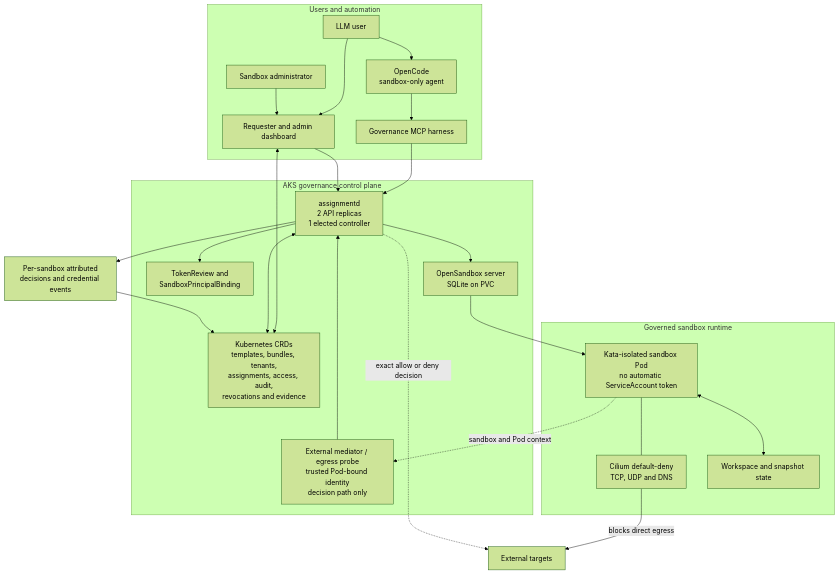
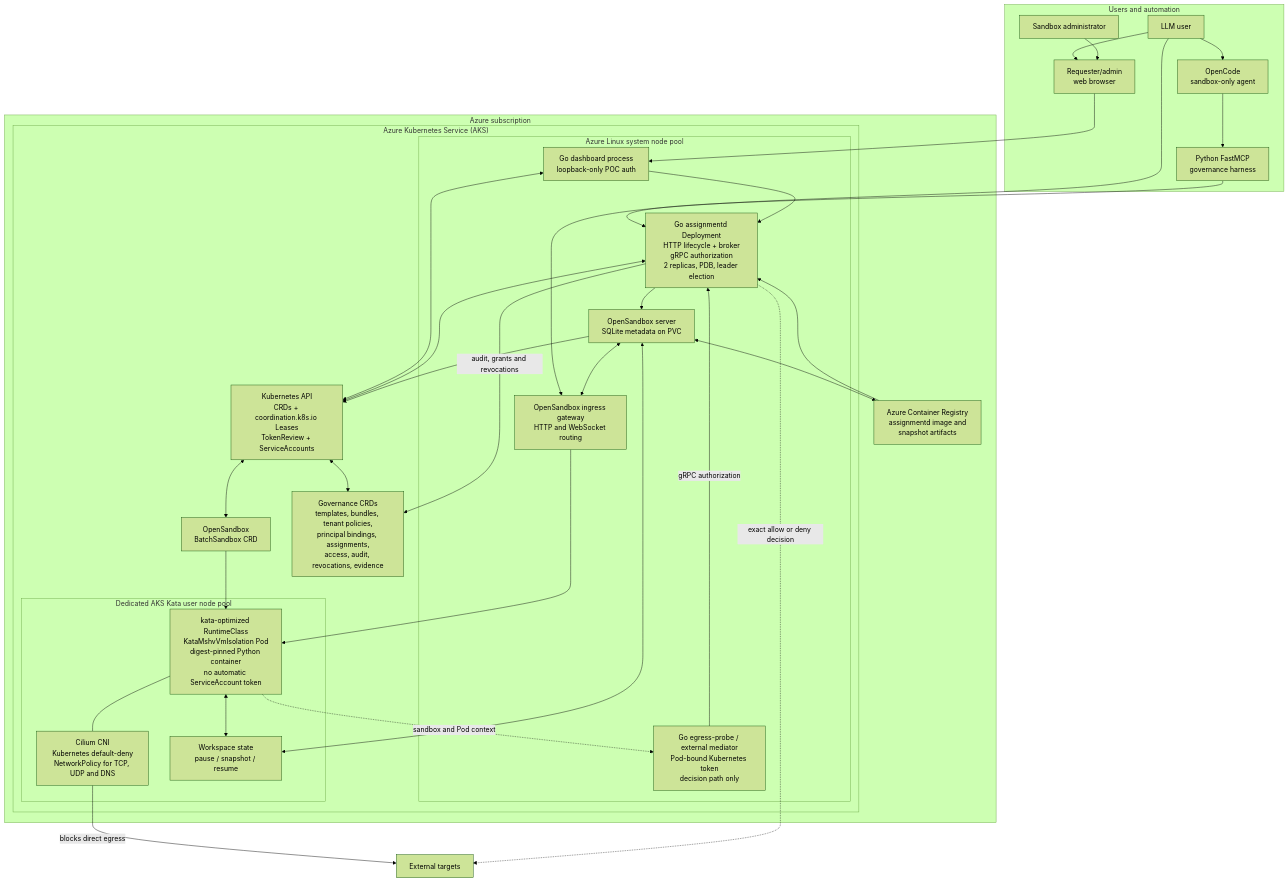
The first of 2 diagrams in README.md (chrischangcode/opensandbox-aks-governance-poc), drawn with Mermaid (forest theme) before and after one commit. The commit also changed other lines of this file, not shown here.

Commit message:
Clarify technologies in the POC architecture

Copilot-Session: 3b98244d-d24a-4455-b3af-ee555c78ff22

````diff
--- a/README.md
+++ b/README.md
@@ -43,43 +43,61 @@
 ```mermaid
 flowchart TB
     subgraph Clients["Users and automation"]
         User["LLM user"]
         Admin["Sandbox administrator"]
         OpenCode["OpenCode<br/>sandbox-only agent"]
-        MCP["Governance MCP harness"]
-        Dashboard["Requester and admin dashboard"]
+        MCP["Python FastMCP<br/>governance harness"]
+        Dashboard["Requester/admin<br/>web browser"]
     end
 
-    subgraph Control["AKS governance control plane"]
-        Assignmentd["assignmentd<br/>2 API replicas<br/>1 elected controller"]
-        Auth["TokenReview and<br/>SandboxPrincipalBinding"]
-        CRDs["Kubernetes CRDs<br/>templates, bundles, tenants,<br/>assignments, access, audit,<br/>revocations and evidence"]
-        OpenSandbox["OpenSandbox server<br/>SQLite on PVC"]
-        Mediator["External mediator / egress probe<br/>trusted Pod-bound identity<br/>decision path only"]
-    end
+    subgraph Azure["Azure subscription"]
+        ACR["Azure Container Registry<br/>assignmentd image and<br/>snapshot artifacts"]
 
-    subgraph Runtime["Governed sandbox runtime"]
-        Kata["Kata-isolated sandbox Pod<br/>no automatic ServiceAccount token"]
-        Cilium["Cilium default-deny<br/>TCP, UDP and DNS"]
-        Workspace["Workspace and snapshot state"]
+        subgraph AKS["Azure Kubernetes Service (AKS)"]
+            subgraph SystemPool["Azure Linux system node pool"]
+                Assignmentd["Go assignmentd Deployment<br/>HTTP lifecycle + broker<br/>gRPC authorization<br/>2 replicas, PDB, leader election"]
+                OpenSandbox["OpenSandbox server<br/>SQLite metadata on PVC"]
+                Ingress["OpenSandbox ingress gateway<br/>HTTP and WebSocket routing"]
+                Mediator["Go egress-probe / external mediator<br/>Pod-bound Kubernetes token<br/>decision path only"]
+                DashboardPod["Go dashboard process<br/>loopback-only POC auth"]
+            end
+
+            KubeAPI["Kubernetes API<br/>CRDs + coordination.k8s.io Leases<br/>TokenReview + ServiceAccounts"]
+            Policy["Governance CRDs<br/>templates, bundles, tenant policies,<br/>principal bindings, assignments,<br/>access, audit, revocations, evidence"]
+            BatchSandbox["OpenSandbox<br/>BatchSandbox CRD"]
+
+            subgraph KataPool["Dedicated AKS Kata user node pool"]
+                Kata["kata-optimized RuntimeClass<br/>KataMshvVmIsolation Pod<br/>digest-pinned Python container<br/>no automatic ServiceAccount token"]
+                Cilium["Cilium CNI<br/>Kubernetes default-deny<br/>NetworkPolicy for TCP, UDP and DNS"]
+                Workspace["Workspace state<br/>pause / snapshot / resume"]
+            end
+        end
     end
 
     Internet["External targets"]
-    Audit["Per-sandbox attributed<br/>decisions and credential events"]
 
     User --> OpenCode --> MCP --> Assignmentd
-    User --> Dashboard
+    User --> Ingress
+    User --> Dashboard --> DashboardPod
     Admin --> Dashboard
-    Dashboard --> Assignmentd
-    Dashboard <--> CRDs
-    Assignmentd --> Auth
-    Assignmentd <--> CRDs
-    Assignmentd --> OpenSandbox --> Kata
+    DashboardPod --> Assignmentd
+    DashboardPod <--> KubeAPI
+    Assignmentd <--> KubeAPI
+    KubeAPI <--> Policy
+    KubeAPI <--> BatchSandbox
+    Assignmentd --> OpenSandbox
+    OpenSandbox --> KubeAPI
+    BatchSandbox --> Kata
+    OpenSandbox <--> Ingress
+    Ingress --> Kata
+    OpenSandbox <--> Workspace
     Kata <--> Workspace
     Kata --- Cilium
     Cilium -->|"blocks direct egress"| Internet
     Kata -.->|"sandbox and Pod context"| Mediator
-    Mediator --> Assignmentd
+    Mediator -->|"gRPC authorization"| Assignmentd
     Assignmentd -.->|"exact allow or deny decision"| Internet
-    Assignmentd --> Audit --> CRDs
+    Assignmentd -->|"audit, grants and revocations"| Policy
+    ACR --> Assignmentd
+    OpenSandbox <--> ACR
 ```
````
